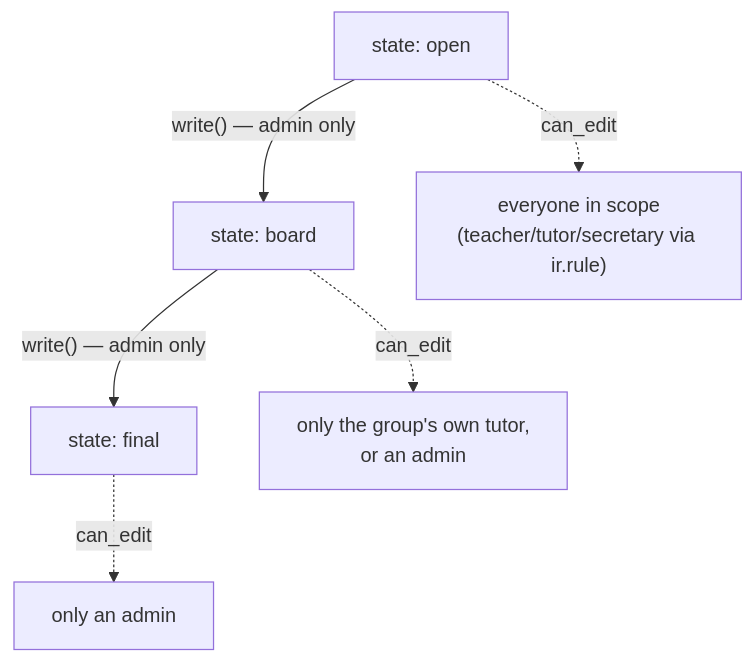
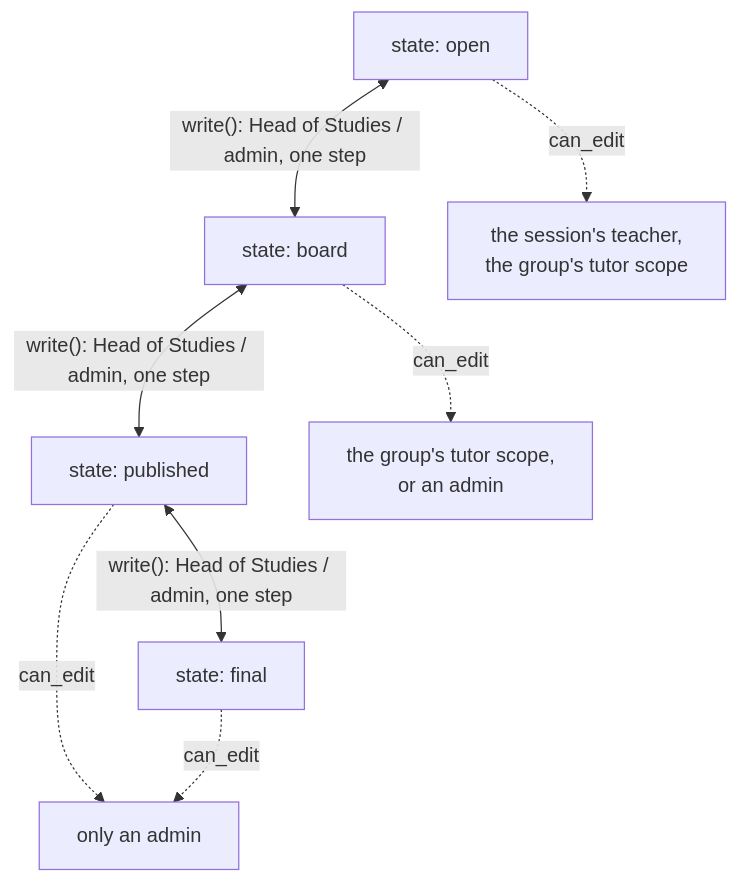
The second of 5 diagrams in docs/en/developers/grades/grade_session.md (ElPuig/EMS), drawn with Mermaid before and after one commit. The commit also changed other lines of this file and 23 other files, not shown here.

````diff
--- a/docs/en/developers/grades/grade_session.md
+++ b/docs/en/developers/grades/grade_session.md
@@ -38,8 +38,10 @@
 ```mermaid
 flowchart TD
-    A["state: open"] -->|"write() — admin only"| B["state: board"]
-    B -->|"write() — admin only"| C["state: final"]
-    A -. can_edit .-> D["everyone in scope\n(teacher/tutor/secretary via ir.rule)"]
-    B -. can_edit .-> E["only the group's own tutor,\nor an admin"]
-    C -. can_edit .-> F["only an admin"]
+    A["state: open"] <-->|"write(): Head of Studies / admin, one step"| B["state: board"]
+    B <-->|"write(): Head of Studies / admin, one step"| P["state: published"]
+    P <-->|"write(): Head of Studies / admin, one step"| C["state: final"]
+    A -. can_edit .-> D["the session's teacher,\nthe group's tutor scope"]
+    B -. can_edit .-> E["the group's tutor scope,\nor an admin"]
+    P -. can_edit .-> F["only an admin"]
+    C -. can_edit .-> F
 ```
````
